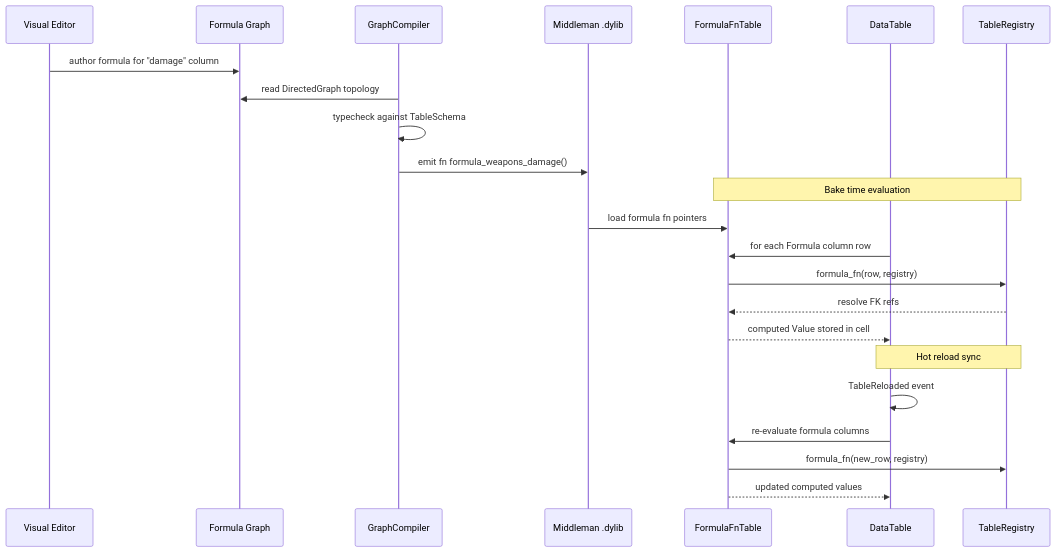
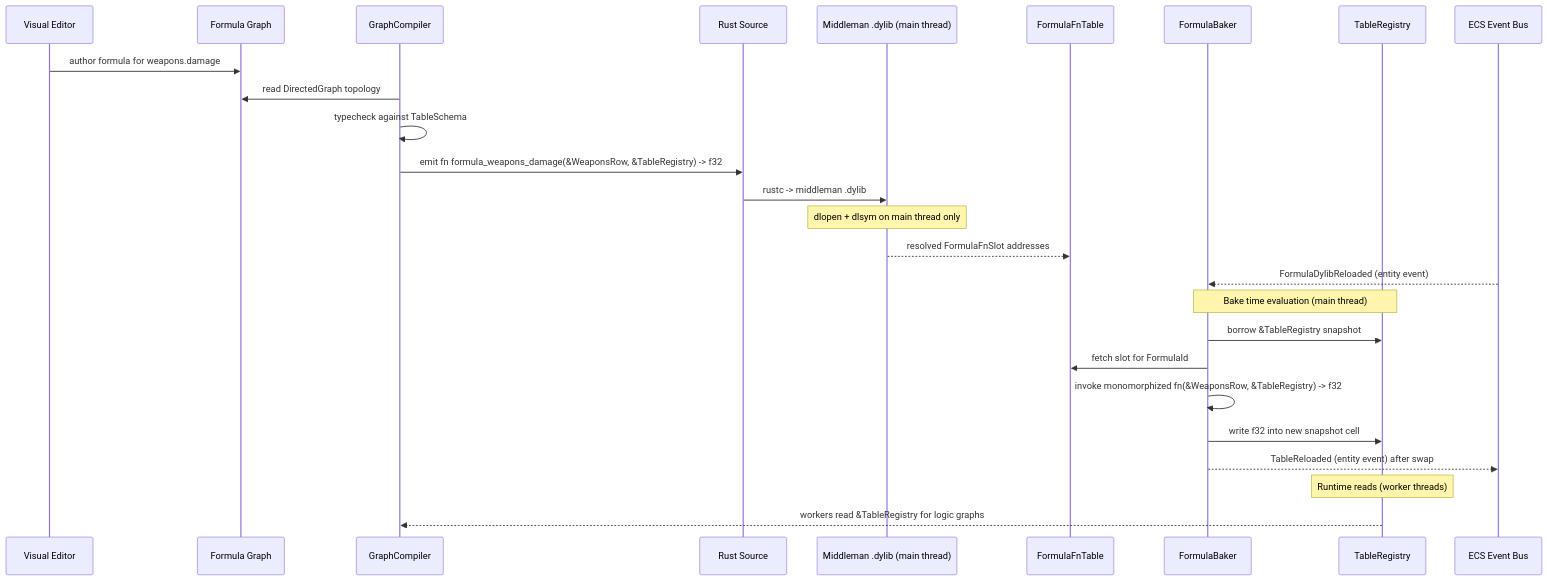
The second of 2 diagrams in docs/design/integration/scripting-data-tables.md (harmonius-dev/harmonius), drawn with Mermaid before and after one commit. The commit also changed other lines of this file and 109 other files, not shown here.

````diff
--- a/docs/design/integration/scripting-data-tables.md
+++ b/docs/design/integration/scripting-data-tables.md
@@ -103,28 +370,32 @@
 ```mermaid
 sequenceDiagram
     participant VE as Visual Editor
     participant FG as Formula Graph
     participant GC as GraphCompiler
-    participant DL as Middleman .dylib
+    participant RS as Rust Source
+    participant DL as Middleman .dylib (main thread)
     participant FFT as FormulaFnTable
-    participant DT as DataTable
+    participant FB as FormulaBaker
     participant TR as TableRegistry
+    participant EV as ECS Event Bus
 
-    VE->>FG: author formula for "damage" column
+    VE->>FG: author formula for weapons.damage
     GC->>FG: read DirectedGraph topology
     GC->>GC: typecheck against TableSchema
-    GC->>DL: emit fn formula_weapons_damage()
+    GC->>RS: emit fn formula_weapons_damage(&WeaponsRow, &TableRegistry) -> f32
+    RS->>DL: rustc -> middleman .dylib
+    Note over DL: dlopen + dlsym on main thread only
 
-    Note over FFT,TR: Bake time evaluation
-    DL->>FFT: load formula fn pointers
-    DT->>FFT: for each Formula column row
-    FFT->>TR: formula_fn(row, registry)
-    TR-->>FFT: resolve FK refs
-    FFT-->>DT: computed Value stored in cell
+    DL-->>FFT: resolved FormulaFnSlot addresses
+    EV-->>FB: FormulaDylibReloaded (entity event)
 
-    Note over DT,TR: Hot reload sync
-    DT->>DT: TableReloaded event
-    DT->>FFT: re-evaluate formula columns
-    FFT->>TR: formula_fn(new_row, registry)
-    FFT-->>DT: updated computed values
+    Note over FB,TR: Bake time evaluation (main thread)
+    FB->>TR: borrow &TableRegistry snapshot
+    FB->>FFT: fetch slot for FormulaId
+    FB->>FB: invoke monomorphized fn(&WeaponsRow, &TableRegistry) -> f32
+    FB->>TR: write f32 into new snapshot cell
+    FB-->>EV: TableReloaded (entity event) after swap
+
+    Note over TR: Runtime reads (worker threads)
+    TR-->>GC: workers read &TableRegistry for logic graphs
 ```
````
